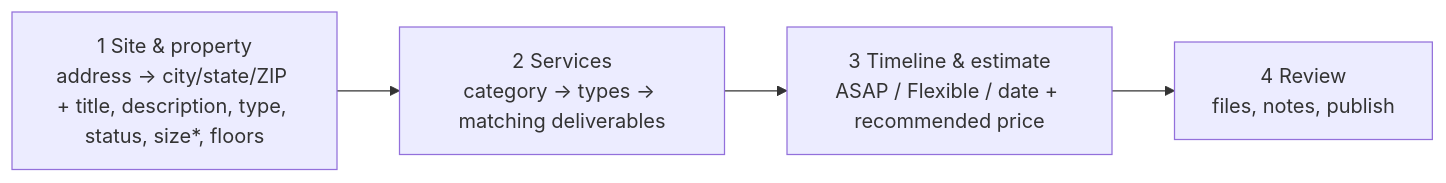
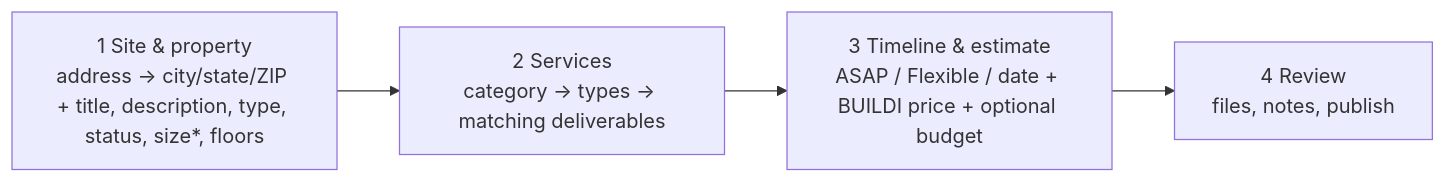
Before and after one commit to nilvbs/virtualbuildingstudio-build-monorepo: the eighth of 9 diagrams in docs/BUSINESS_LOGIC.md, drawn with Mermaid. The commit also changed other lines of this file and 4 other files, not shown here.

Commit message:
feat(brief): BUILDI AI price card with optional typed budget, service tiles, compact floors menu and inputs, tighter padding, drop step bar and step kicker

````diff
--- a/docs/BUSINESS_LOGIC.md
+++ b/docs/BUSINESS_LOGIC.md
@@ -182,6 +182,6 @@
 ```mermaid
 flowchart LR
   L["1 Site & property<br/>address → city/state/ZIP + title, description, type, status, size*, floors"] --> S["2 Services<br/>category → types → matching deliverables"]
-  S --> B["3 Timeline & estimate<br/>ASAP / Flexible / date + recommended price"]
+  S --> B["3 Timeline & estimate<br/>ASAP / Flexible / date + BUILDI price + optional budget"]
   B --> R["4 Review<br/>files, notes, publish"]
 ```
````
